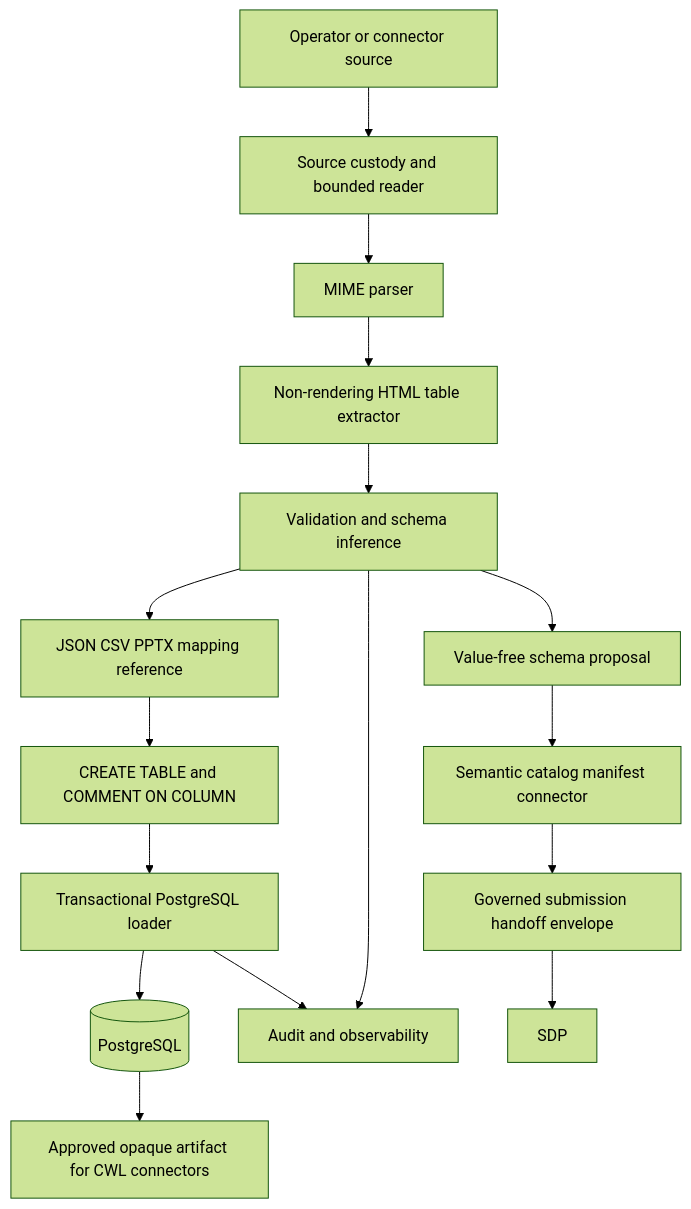
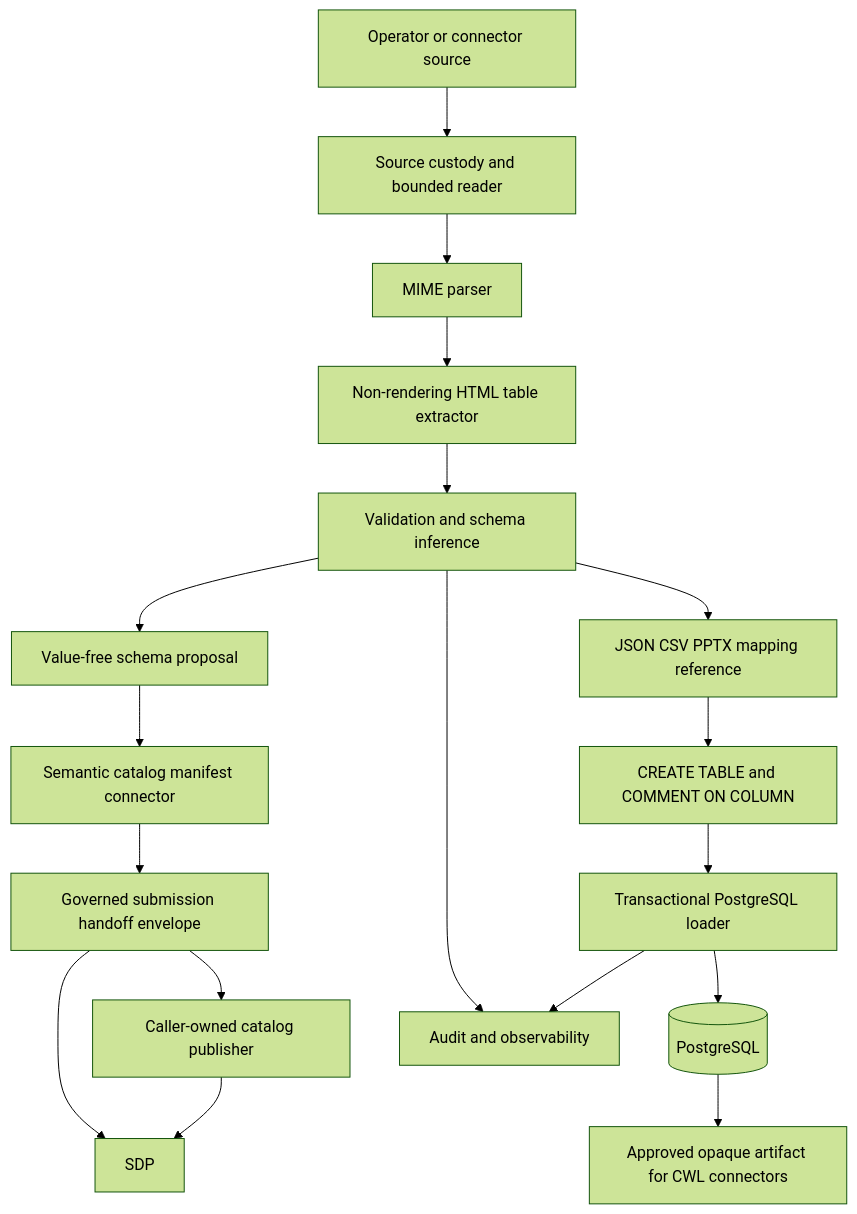
The first of 3 diagrams in docs/ARCHITECTURE.md (ContextualWisdomLab/mhtml-etl-gateway), drawn with Mermaid (forest theme) before and after one commit. The commit also changed other lines of this file and 18 other files, not shown here.

````diff
--- a/docs/ARCHITECTURE.md
+++ b/docs/ARCHITECTURE.md
@@ -9,18 +9,20 @@
 ```mermaid
 flowchart TB
     A["Operator or connector source"] --> C["Source custody and bounded reader"]
     C --> M["MIME parser"]
     M --> H["Non-rendering HTML table extractor"]
     H --> V["Validation and schema inference"]
     V --> R["JSON CSV PPTX mapping reference"]
     R --> D["CREATE TABLE and COMMENT ON COLUMN"]
     V --> SP["Value-free schema proposal"]
     SP --> SC["Semantic catalog manifest connector"]
     SC --> SH["Governed submission handoff envelope"]
+    SH --> CP["Caller-owned catalog publisher"]
     D --> L["Transactional PostgreSQL loader"]
     L --> P[("PostgreSQL")]
     V --> O["Audit and observability"]
     L --> O
     SH --> SDP
+    CP --> SDP
     P --> N["Approved opaque artifact for CWL connectors"]
 ```
````
